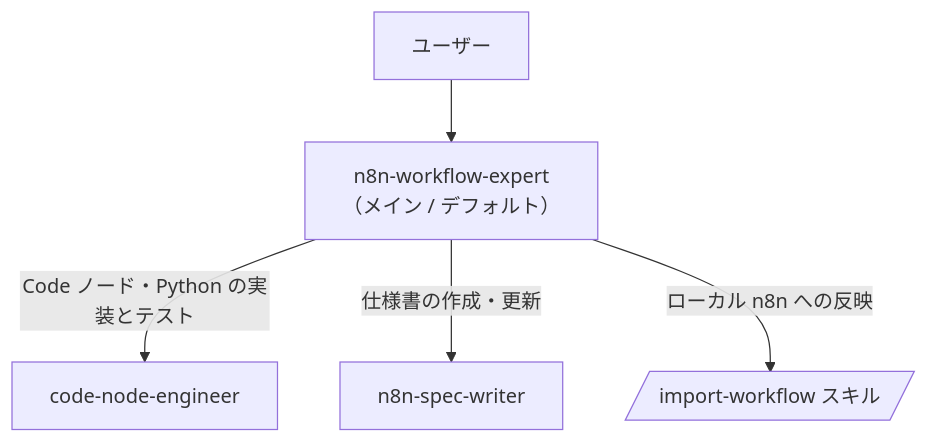
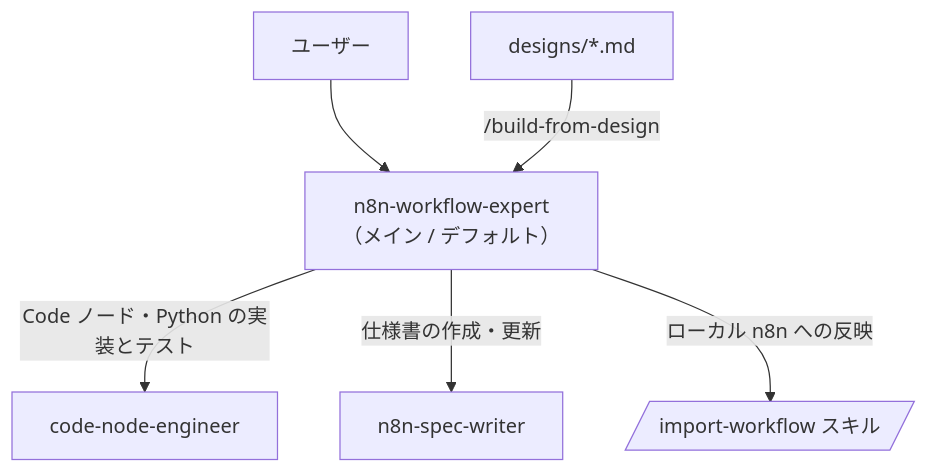
One commit to aki0609-free/n8n-workflow changed the diagram in doc/claude-code.md. Above: the diagram before and after it, drawn with Mermaid. The commit also changed other lines of this file and 46 other files, not shown here.

First line of the commit message:
Add secrets management, design-driven build, and Dashy portal (phase 1)

````diff
--- a/doc/claude-code.md
+++ b/doc/claude-code.md
@@ -7,7 +7,8 @@
 ```mermaid
 flowchart TD
   U[ユーザー] --> M["n8n-workflow-expert<br/>（メイン / デフォルト）"]
   M -->|Code ノード・Python の実装とテスト| C[code-node-engineer]
   M -->|仕様書の作成・更新| S[n8n-spec-writer]
   M -->|ローカル n8n への反映| K[/import-workflow スキル/]
+  D["designs/*.md"] -->|/build-from-design| M
 ```
````
